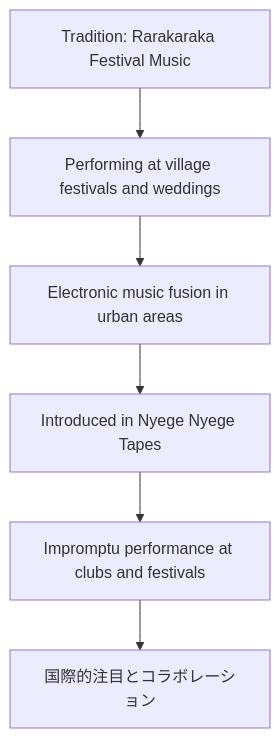
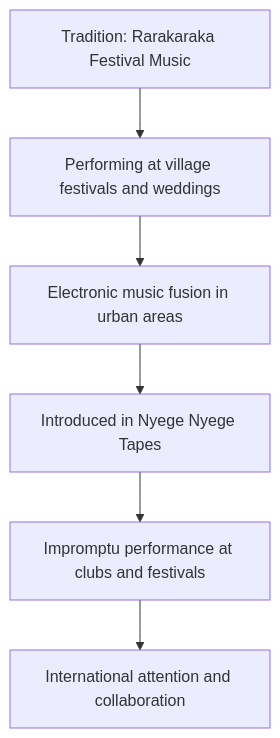
Before and after one commit to monumental-movement/monumental-movement.github.io: the third of 6 diagrams in en/_posts/2025-10-04-Column-Nyege-Nyege.md, drawn with Mermaid. The commit also changed other lines of this file and 851 other files, not shown here.

```diff
--- a/en/_posts/2025-10-04-Column-Nyege-Nyege.md
+++ b/en/_posts/2025-10-04-Column-Nyege-Nyege.md
@@ -178,10 +178,10 @@
 <div class="mermaid">
 
 flowchart TD
     A["Tradition: Rarakaraka Festival Music"] --> B["Performing at village festivals and weddings"]
     B --> C["Electronic music fusion in urban areas"]
     C --> D["Introduced in Nyege Nyege Tapes"]
     D --> E["Impromptu performance at clubs and festivals"]
-    E --> F["国際的注目とコラボレーション"]
+    E --> F["International attention and collaboration"]
 
 </div>
```
